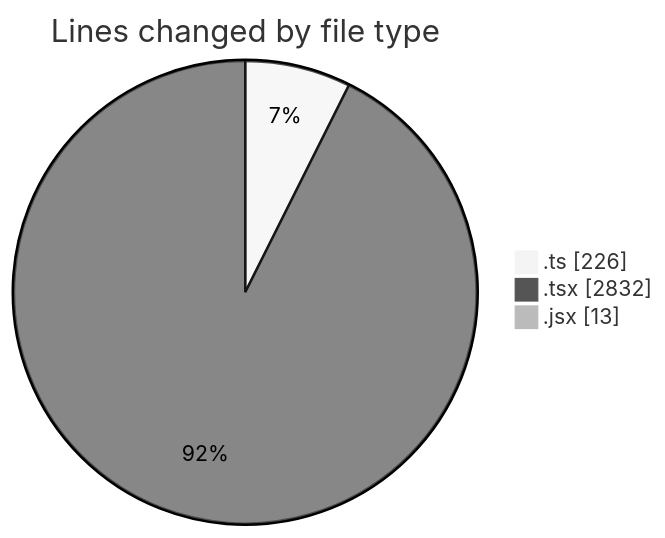
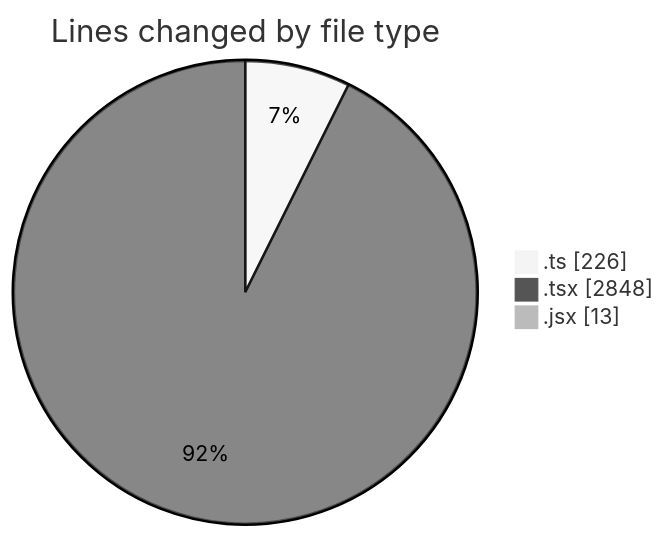
Before and after one commit to momahboobian/code-tracking: the first of 2 diagrams in 2025-12-02/cda/README.md, drawn with Mermaid (neutral theme). The commit also changed other lines of this file and 1 other file, not shown here.

````diff
--- a/2025-12-02/cda/README.md
+++ b/2025-12-02/cda/README.md
@@ -30,7 +30,7 @@
 ```mermaid
 pie showData
 title Lines changed by file type
 ".ts" : 226
-".tsx" : 2832
+".tsx" : 2848
 ".jsx" : 13
 ```
````
